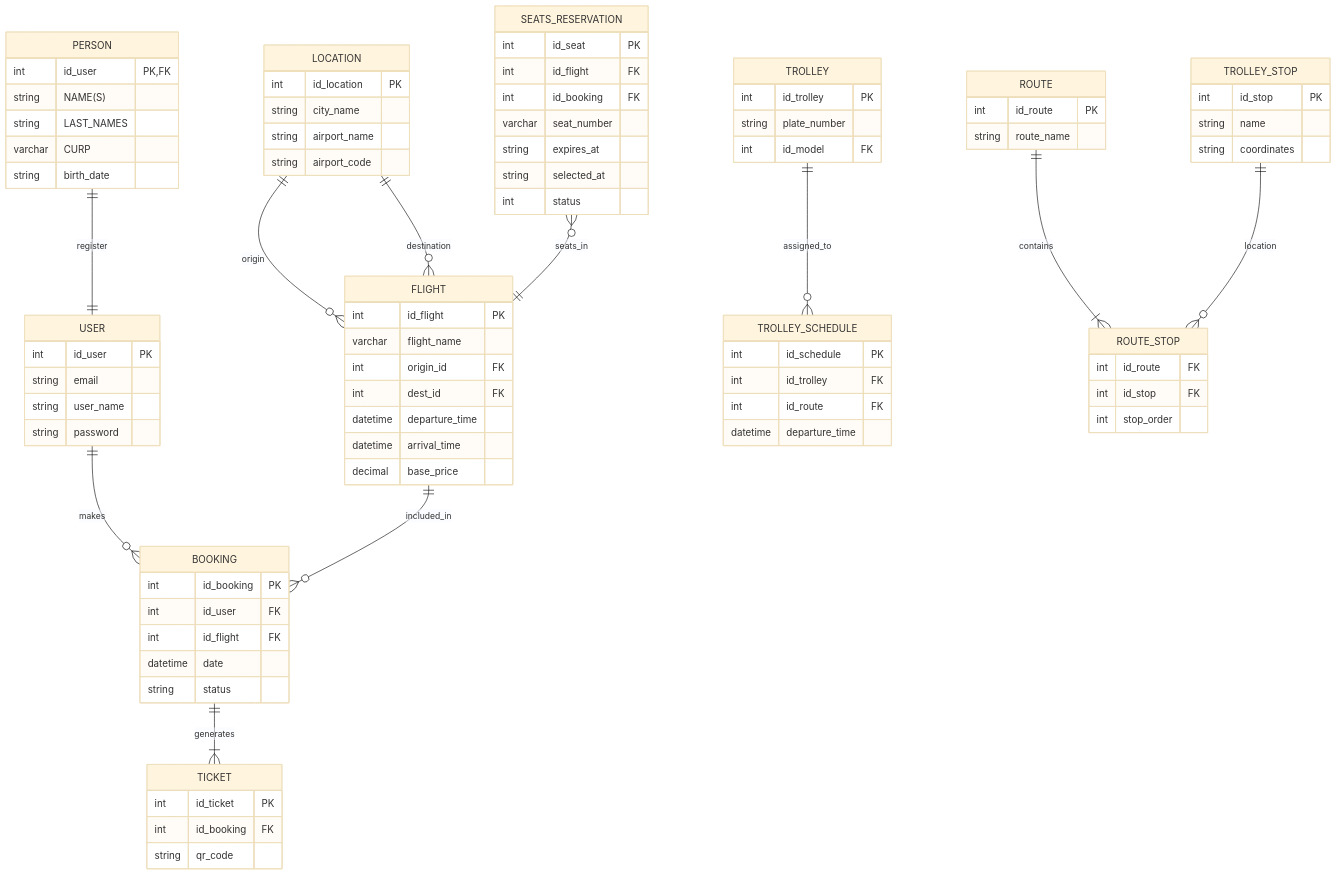
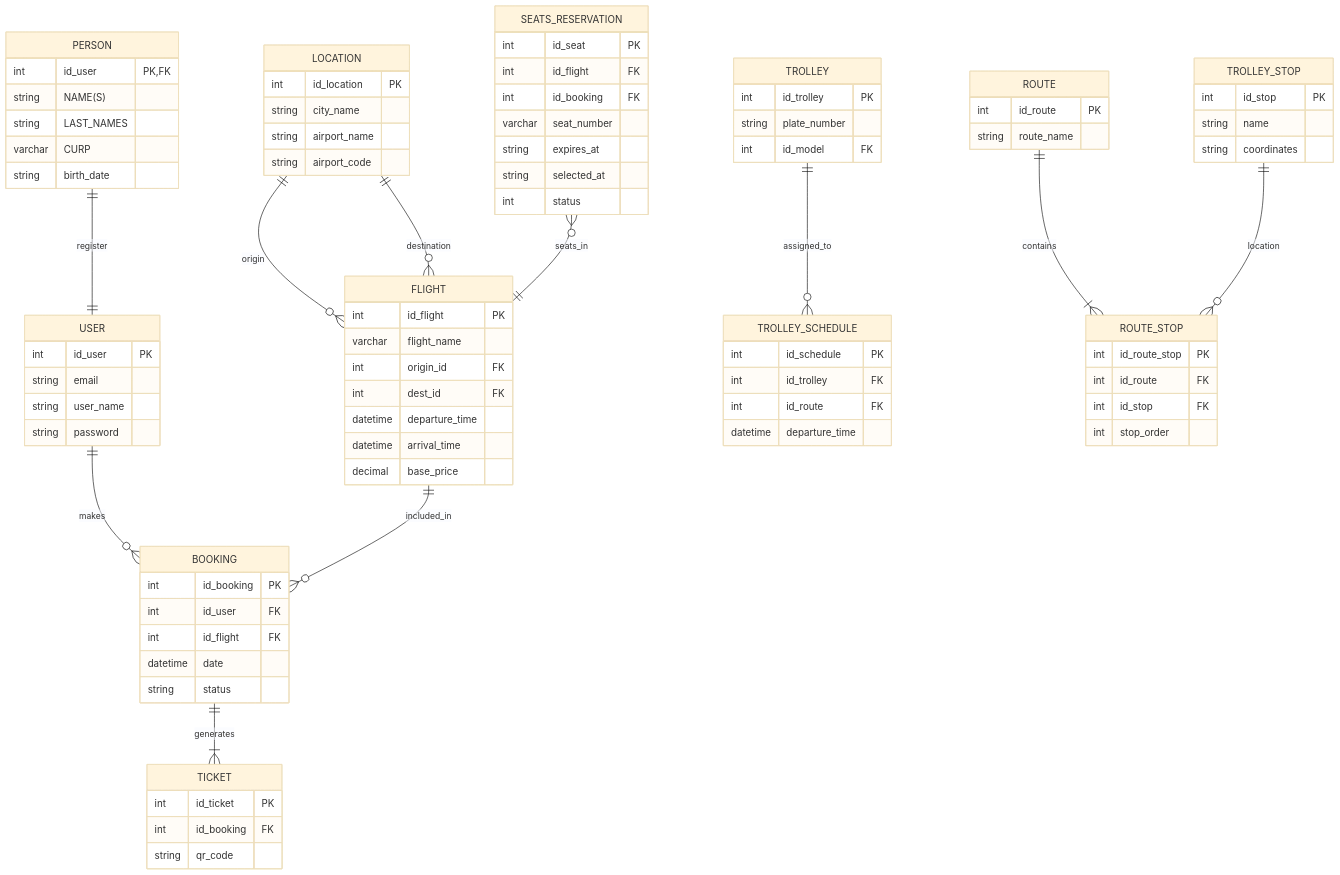
One commit to daniellopezcabrera/cbtis47-db-turismo-2026 changed the diagram in docs/normalization_report.mmd. Above: the diagram before and after it, drawn with Mermaid (base theme).

Commit message:
Add primary key to ROUTE_STOP table

```diff
--- a/docs/normalization_report.mmd
+++ b/docs/normalization_report.mmd
@@ -1,107 +1,108 @@
 erDiagram
     USER ||--o{ BOOKING : makes
 
 %% A user can have many reservations
 %% Many reservation are of the user
     USER {
         int id_user PK
         string email
         string user_name
         string password
     }
 %% One PERSON can have a one user
    PERSON ||--|| USER  : register
 
     PERSON{
         int id_user PK,FK
         string NAME(S)
         string LAST_NAMES
         varchar CURP
         string birth_date
             }
 
    LOCATION ||--o{ FLIGHT : origin
     LOCATION||--o{ FLIGHT : destination
 
     LOCATION {
         int id_location PK
         string  city_name
         string  airport_name
         string  airport_code
     }
     
     FLIGHT ||--o{ BOOKING : included_in
 %%int origin_id FK --> location.id_location -- departure place
  %%int origin_id FK --> location.id_location -- arrival place   
     FLIGHT {
         int id_flight PK
         varchar flight_name
         int origin_id FK
         int dest_id FK
      datetime departure_time
      datetime arrival_time
      decimal base_price
     }
     
     SEATS_RESERVATION }o--||FLIGHT:seats_in
 %% satus (confirmed, pending, expired, cancelled)
 SEATS_RESERVATION{
      int id_seat PK
      int id_flight FK
      int id_booking FK
      varchar seat_number
      string expires_at
      string selected_at
      int status 
 }
     BOOKING ||--|{ TICKET : generates
 
     BOOKING {
         int id_booking PK
         int id_user FK
         int id_flight FK
         datetime date
         string status
     }
 
     TICKET {
         int id_ticket PK
         int id_booking FK
         string qr_code
     }
 
     TROLLEY ||--o{ TROLLEY_SCHEDULE : assigned_to
 
     TROLLEY {
         int id_trolley PK
         string plate_number
         int id_model FK
     }
 
     ROUTE ||--|{ ROUTE_STOP : contains
 
     ROUTE {
         int id_route PK
         string route_name
     }
 
     TROLLEY_STOP ||--o{ ROUTE_STOP : location
 
     TROLLEY_STOP {
         int id_stop PK
         string name
         string coordinates
     }
 
     ROUTE_STOP {
+        int id_route_stop PK
         int id_route FK
         int id_stop FK
         int stop_order
     }
 
     TROLLEY_SCHEDULE {
         int id_schedule PK
         int id_trolley FK
         int id_route FK
         datetime departure_time
     }
```
